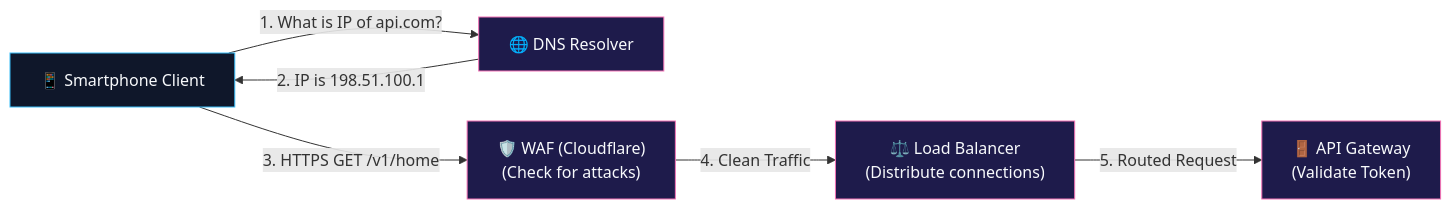
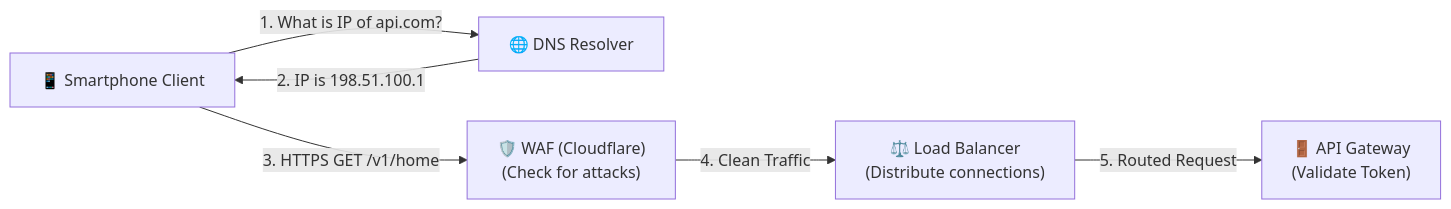
Diagram 14 of 50 in topics/0.FUNDAMENTALS/API Architecture and Design/output/Note_version-1_API_Architecture_and_Design/API_Architecture_and_Design.md (AkmKawser/System-Design), drawn with Mermaid before and after one commit. The commit also changed other lines of this file and 6 other files, not shown here.

Commit message:
fix(diagrams): remove dark fills and rects to ensure full visibility on GitHub light theme

````diff
--- a/topics/0.FUNDAMENTALS/API Architecture and Design/output/Note_version-1_API_Architecture_and_Design/API_Architecture_and_Design.md
+++ b/topics/0.FUNDAMENTALS/API Architecture and Design/output/Note_version-1_API_Architecture_and_Design/API_Architecture_and_Design.md
@@ -690,13 +623,8 @@
 ```mermaid
 flowchart LR
     Phone["📱 Smartphone Client"] -->|"1. What is IP of api.com?"| DNS["🌐 DNS Resolver"]
     DNS -->|"2. IP is 198.51.100.1"| Phone
     Phone -->|"3. HTTPS GET /v1/home"| WAF["🛡️ WAF (Cloudflare)\n(Check for attacks)"]
     WAF -->|"4. Clean Traffic"| LB["⚖️ Load Balancer\n(Distribute connections)"]
     LB -->|"5. Routed Request"| Gateway["🚪 API Gateway\n(Validate Token)"]
-
-    classDef c fill:#0f172a,stroke:#38bdf8,stroke-width:1px,color:#f8fafc;
-    classDef e fill:#1e1b4b,stroke:#f472b6,stroke-width:1px,color:#f8fafc;
-    class Phone c;
-    class DNS,WAF,LB,Gateway e;
 ```
````
